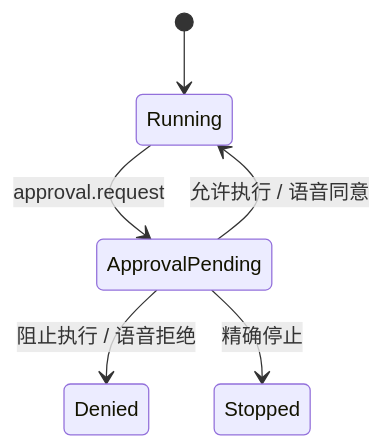
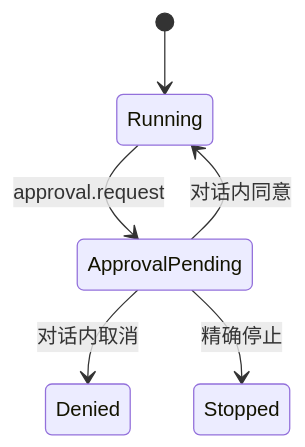
One commit to tdfydfy/daiworld-voice-single-agent changed the fourth of 4 diagrams in docs/ARCHITECTURE.md. Above: the diagram before and after it, drawn with Mermaid. The commit also changed other lines of this file and 49 other files, not shown here.

````diff
--- a/docs/ARCHITECTURE.md
+++ b/docs/ARCHITECTURE.md
@@ -275,8 +268,8 @@
 ```mermaid
 stateDiagram-v2
     [*] --> Running
     Running --> ApprovalPending: approval.request
-    ApprovalPending --> Running: 允许执行 / 语音同意
-    ApprovalPending --> Denied: 阻止执行 / 语音拒绝
+    ApprovalPending --> Running: 对话内同意
+    ApprovalPending --> Denied: 对话内取消
     ApprovalPending --> Stopped: 精确停止
 ```
````
